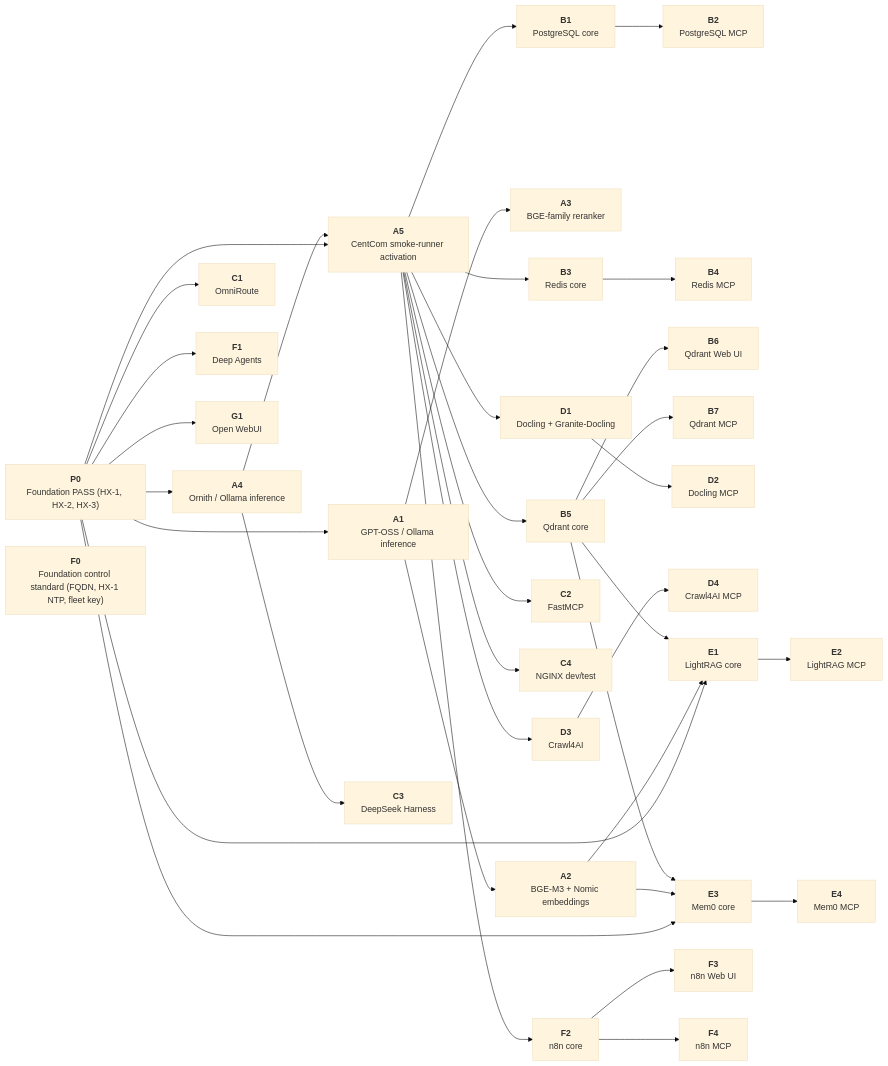
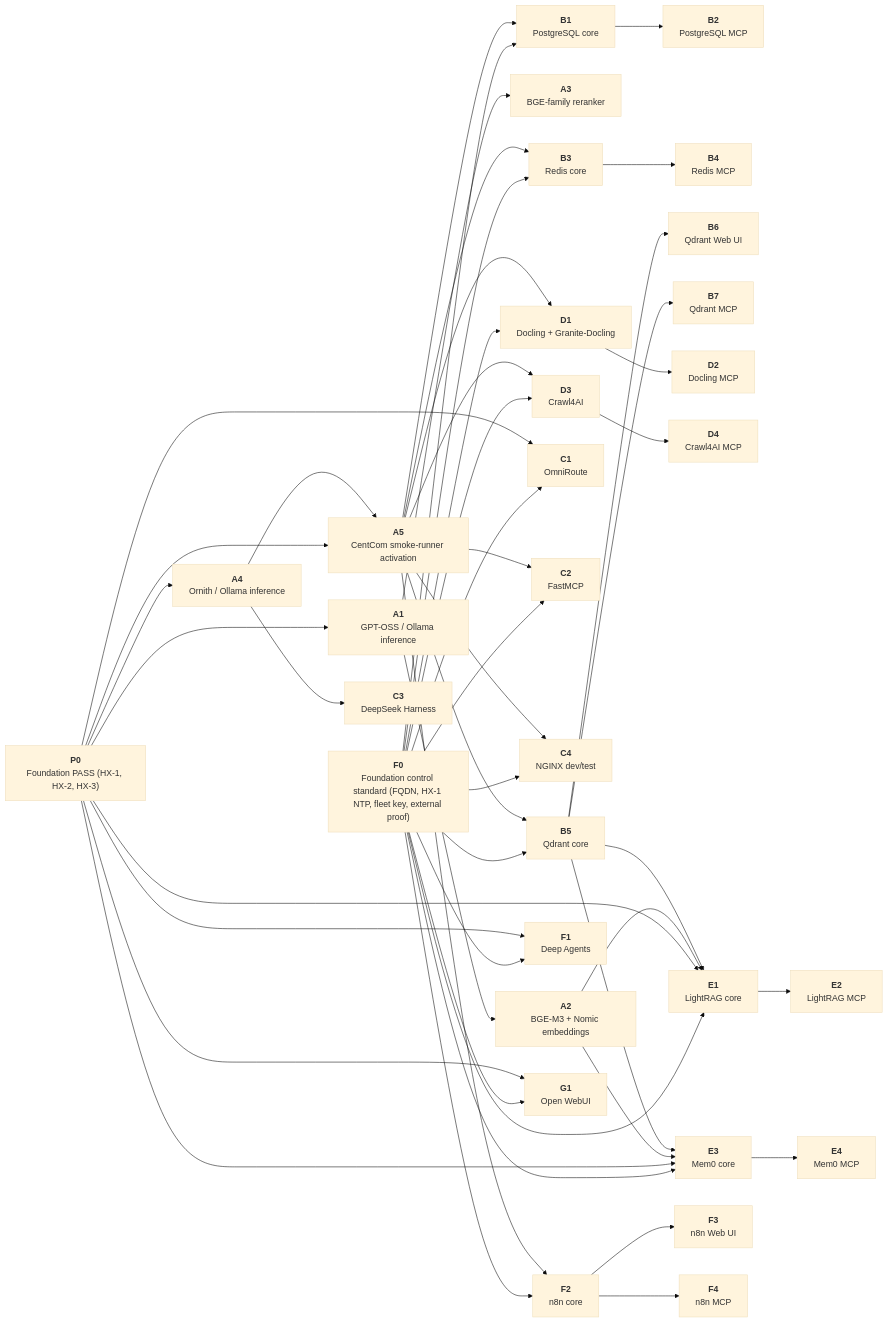
The diagram in docs/00-control/HX-ECO-SYSTEM-SMOKE-TEST-ROADMAP.md (HX-Infratstructure/HX-Eco-System), drawn with Mermaid (base theme) before and after one commit. The commit also changed other lines of this file and 3 other files, not shown here.

First line of the commit message:
Make the foundation a prerequisite in the proof chain

````diff
--- a/docs/00-control/HX-ECO-SYSTEM-SMOKE-TEST-ROADMAP.md
+++ b/docs/00-control/HX-ECO-SYSTEM-SMOKE-TEST-ROADMAP.md
@@ -231,69 +231,82 @@
 ```mermaid
 flowchart LR
     P0["<b>P0</b><br/>Foundation PASS (HX-1, HX-2, HX-3)"]
+    F0["<b>F0</b><br/>Foundation control standard (FQDN, HX-1 NTP, fleet key, external proof)"]
     A1["<b>A1</b><br/>GPT-OSS / Ollama inference"]
     A2["<b>A2</b><br/>BGE-M3 + Nomic embeddings"]
     A3["<b>A3</b><br/>BGE-family reranker"]
     A4["<b>A4</b><br/>Ornith / Ollama inference"]
     A5["<b>A5</b><br/>CentCom smoke-runner activation"]
     B1["<b>B1</b><br/>PostgreSQL core"]
     B2["<b>B2</b><br/>PostgreSQL MCP"]
     B3["<b>B3</b><br/>Redis core"]
     B4["<b>B4</b><br/>Redis MCP"]
     B5["<b>B5</b><br/>Qdrant core"]
     B6["<b>B6</b><br/>Qdrant Web UI"]
     B7["<b>B7</b><br/>Qdrant MCP"]
     C1["<b>C1</b><br/>OmniRoute"]
     C2["<b>C2</b><br/>FastMCP"]
     C3["<b>C3</b><br/>DeepSeek Harness"]
     C4["<b>C4</b><br/>NGINX dev/test"]
     D1["<b>D1</b><br/>Docling + Granite-Docling"]
     D2["<b>D2</b><br/>Docling MCP"]
     D3["<b>D3</b><br/>Crawl4AI"]
     D4["<b>D4</b><br/>Crawl4AI MCP"]
     E1["<b>E1</b><br/>LightRAG core"]
     E2["<b>E2</b><br/>LightRAG MCP"]
     E3["<b>E3</b><br/>Mem0 core"]
     E4["<b>E4</b><br/>Mem0 MCP"]
     F1["<b>F1</b><br/>Deep Agents"]
     F2["<b>F2</b><br/>n8n core"]
     F3["<b>F3</b><br/>n8n Web UI"]
     F4["<b>F4</b><br/>n8n MCP"]
     G1["<b>G1</b><br/>Open WebUI"]
-    F0["<b>F0</b><br/>Foundation control standard (FQDN, HX-1 NTP, fleet key)"]
 
     P0 --> A1
     A1 --> A2
     A1 --> A3
     P0 --> A4
     A4 --> A5
     P0 --> A5
     A5 --> B1
+    F0 --> B1
     B1 --> B2
     A5 --> B3
+    F0 --> B3
     B3 --> B4
     A5 --> B5
+    F0 --> B5
     B5 --> B6
     B5 --> B7
     P0 --> C1
+    F0 --> C1
     A5 --> C2
+    F0 --> C2
     A4 --> C3
     A5 --> C4
+    F0 --> C4
     A5 --> D1
+    F0 --> D1
     D1 --> D2
     A5 --> D3
+    F0 --> D3
     D3 --> D4
     B5 --> E1
     A2 --> E1
     P0 --> E1
+    F0 --> E1
     E1 --> E2
     B5 --> E3
     A2 --> E3
     P0 --> E3
+    F0 --> E3
     E3 --> E4
     P0 --> F1
+    F0 --> F1
     A5 --> F2
+    F0 --> F2
     F2 --> F3
     F2 --> F4
     P0 --> G1
+    F0 --> G1
 ```
````
